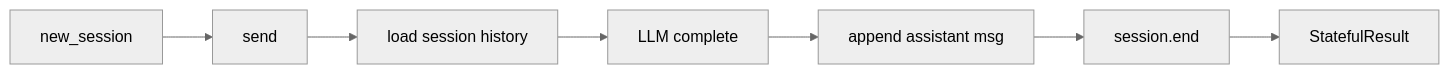
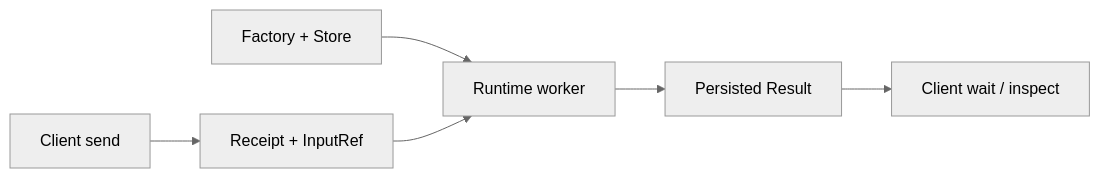
Before and after one commit to PL-play/power-loop: the diagram in docs/en/getting-started.md, drawn with Mermaid (neutral theme). The commit also changed other lines of this file and 529 other files, not shown here.

````diff
--- a/docs/en/getting-started.md
+++ b/docs/en/getting-started.md
@@ -77,9 +13,8 @@
 ```mermaid
 flowchart LR
-    A[new_session] --> B[send]
-    B --> C[load session history]
-    C --> D[LLM complete]
-    D --> E[append assistant msg]
-    E --> F[session.end]
-    F --> G[StatefulResult]
+  F[Factory + Store] --> W[Runtime worker]
+  C[Client send] --> R[Receipt + InputRef]
+  R --> W
+  W --> P[Persisted Result]
+  P --> Q[Client wait / inspect]
 ```
````
